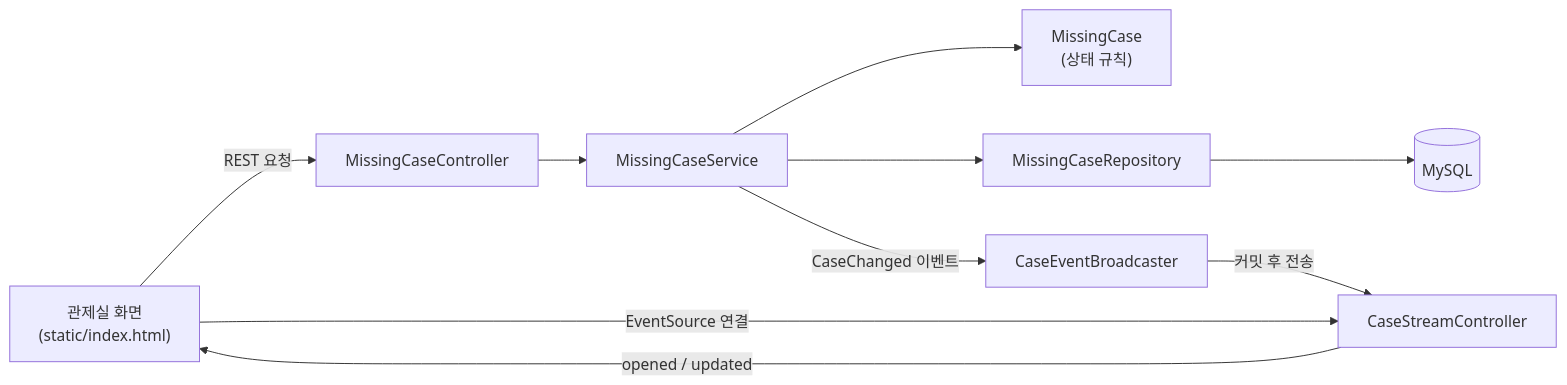
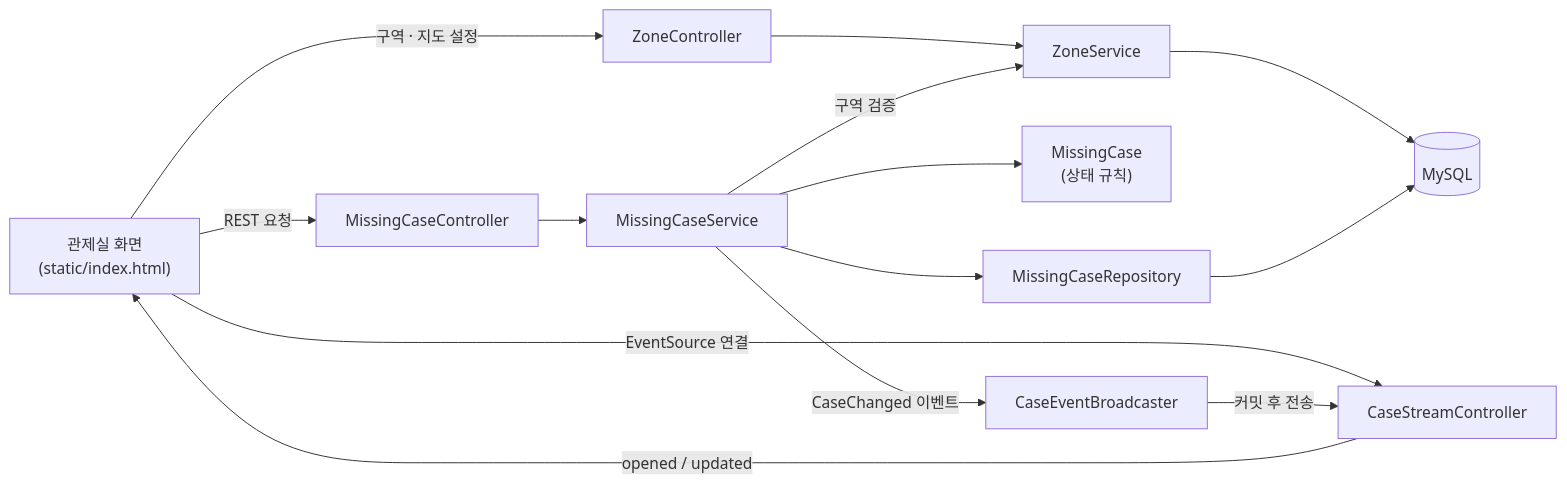
One commit to qlqldks985/kkokjaba changed the first of 2 diagrams in README.md. Above: the diagram before and after it, drawn with Mermaid. The commit also changed other lines of this file and 21 other files, not shown here.

````diff
--- a/README.md
+++ b/README.md
@@ -32,11 +34,13 @@
 ```mermaid
 flowchart LR
     UI["관제실 화면<br/>(static/index.html)"] -- "REST 요청" --> C[MissingCaseController]
     UI -- "EventSource 연결" --> S[CaseStreamController]
+    UI -- "구역 · 지도 설정" --> ZC[ZoneController] --> ZS[ZoneService]
     C --> SV[MissingCaseService]
+    SV -- "구역 검증" --> ZS --> DB
     SV --> D["MissingCase<br/>(상태 규칙)"]
     SV --> R[MissingCaseRepository] --> DB[(MySQL)]
     SV -- "CaseChanged 이벤트" --> B[CaseEventBroadcaster]
     B -- "커밋 후 전송" --> S
     S -- "opened / updated" --> UI
 ```
````
